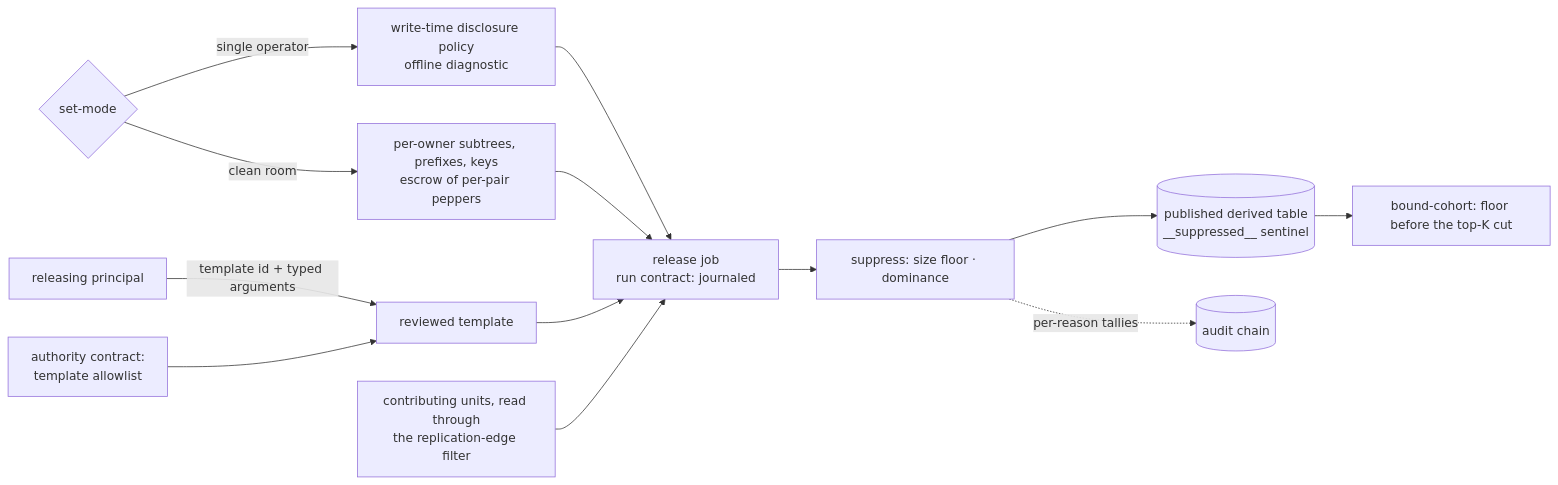
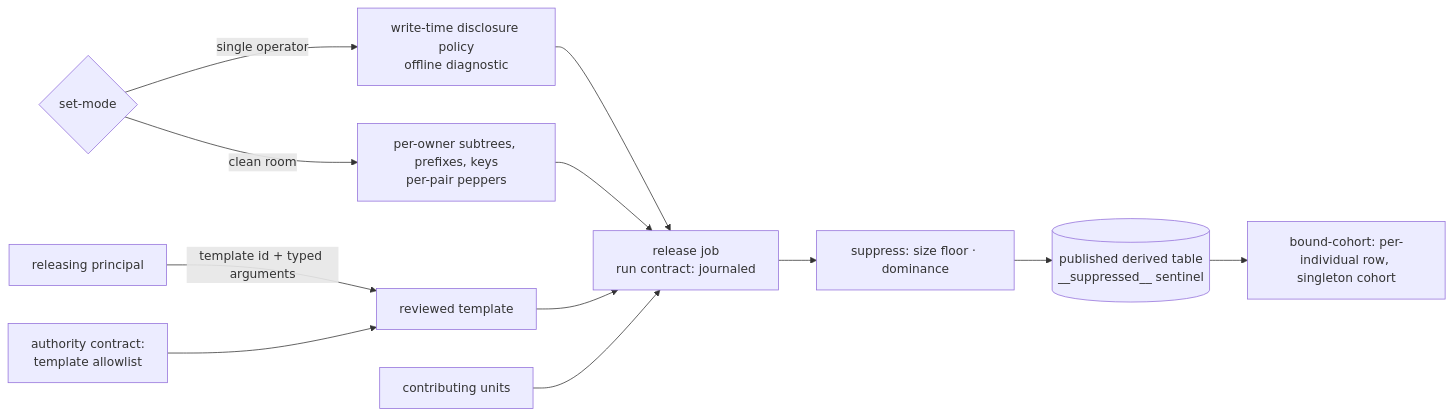
One commit to fractalboxdev/contextful changed the first of 2 diagrams in spec/61-disclosure.md. Above: the diagram before and after it, drawn with Mermaid. The commit also changed other lines of this file and 7 other files, not shown here.

````diff
--- a/spec/61-disclosure.md
+++ b/spec/61-disclosure.md
@@ -20,15 +20,14 @@
 ```mermaid
 flowchart LR
   MODE{"set-mode"} -- "single operator" --> SO["write-time disclosure policy<br/>offline diagnostic"]
-  MODE -- "clean room" --> CR["per-owner subtrees, prefixes, keys<br/>escrow of per-pair peppers"]
+  MODE -- "clean room" --> CR["per-owner subtrees, prefixes, keys<br/>per-pair peppers"]
   CALLER["releasing principal"] -- "template id + typed arguments" --> TPL["reviewed template"]
   AUTH["authority contract:<br/>template allowlist"] --> TPL
   SO --> REL
   CR --> REL
   TPL --> REL["release job<br/>run contract: journaled"]
-  UNITS["contributing units, read through<br/>the replication-edge filter"] --> REL
+  UNITS["contributing units"] --> REL
   REL --> SUP["suppress: size floor · dominance"]
   SUP --> PUB[("published derived table<br/>__suppressed__ sentinel")]
-  SUP -. "per-reason tallies" .-> AUD[("audit chain")]
-  PUB --> COH["bound-cohort: floor before the top-K cut"]
+  PUB --> COH["bound-cohort: per-individual row, singleton cohort"]
 ```
````
